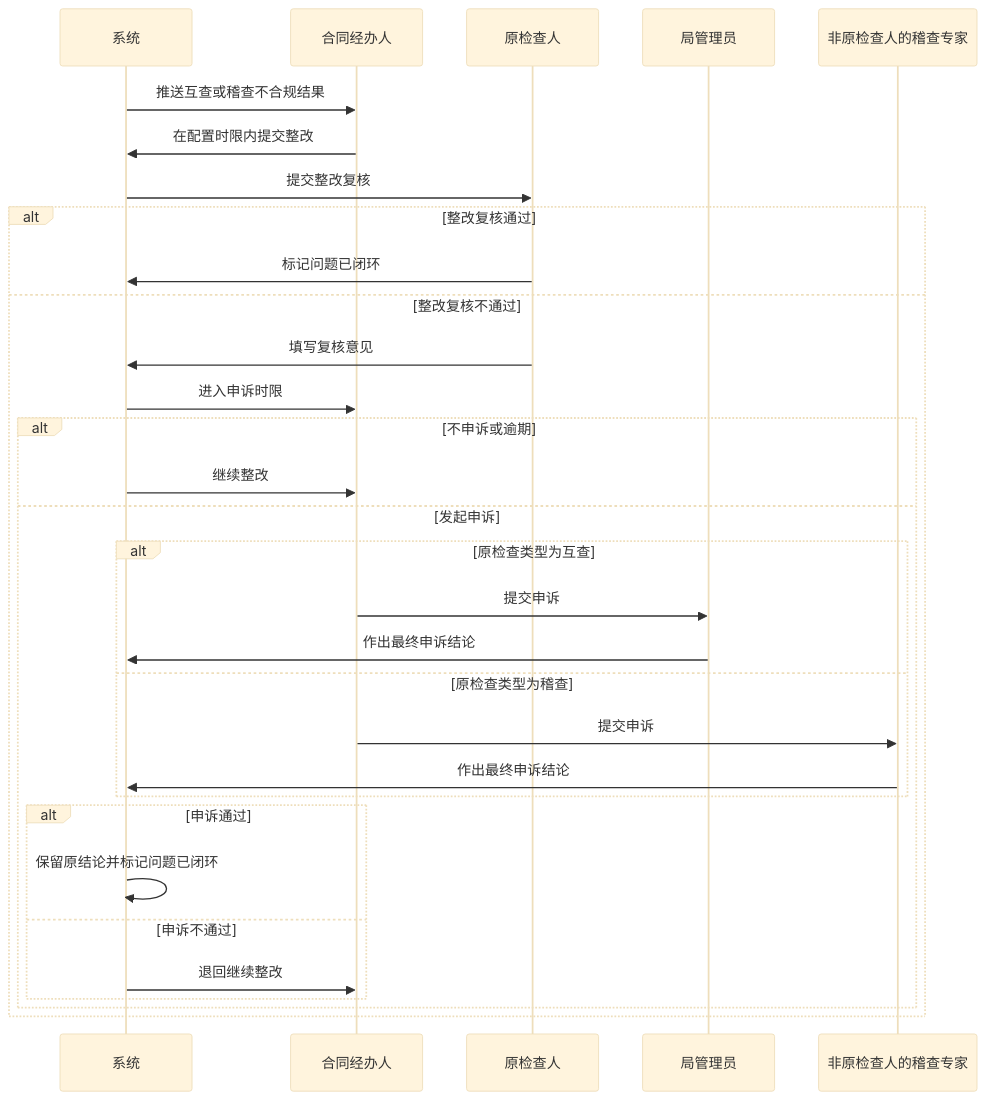
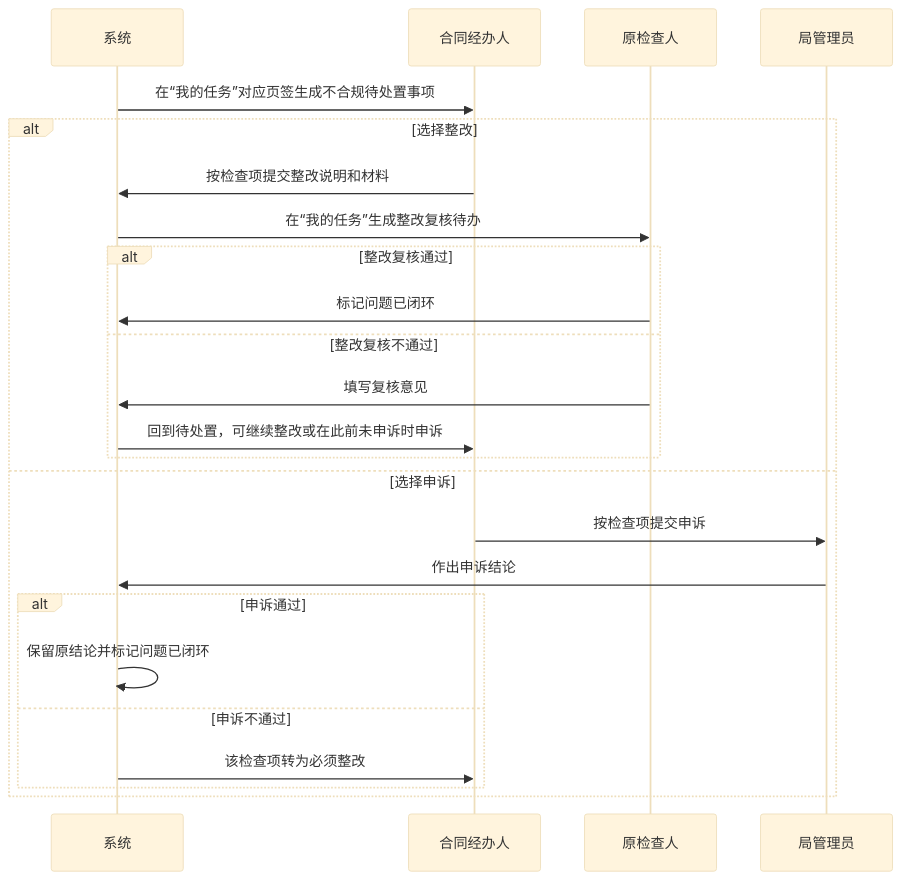
One commit to LRainD/LRainD.github.io changed diagram 12 of 16 in axureMake/docs/四局一单一检/prd.md. Above: the diagram before and after it, drawn with Mermaid (base theme). The commit also changed other lines of this file and 25 other files, not shown here.

````diff
--- a/axureMake/docs/四局一单一检/prd.md
+++ b/axureMake/docs/四局一单一检/prd.md
@@ -702,35 +658,27 @@
 ```mermaid
 sequenceDiagram
     participant S as 系统
     participant H as 合同经办人
     participant O as 原检查人
     participant A as 局管理员
-    participant N as 非原检查人的稽查专家
 
-    S->>H: 推送互查或稽查不合规结果
-    H->>S: 在配置时限内提交整改
-    S->>O: 提交整改复核
-
-    alt 整改复核通过
-        O->>S: 标记问题已闭环
-    else 整改复核不通过
-        O->>S: 填写复核意见
-        S->>H: 进入申诉时限
-        alt 不申诉或逾期
-            S->>H: 继续整改
-        else 发起申诉
-            alt 原检查类型为互查
-                H->>A: 提交申诉
-                A->>S: 作出最终申诉结论
-            else 原检查类型为稽查
-                H->>N: 提交申诉
-                N->>S: 作出最终申诉结论
-            end
-            alt 申诉通过
-                S->>S: 保留原结论并标记问题已闭环
-            else 申诉不通过
-                S->>H: 退回继续整改
-            end
+    S->>H: 在“我的任务”对应页签生成不合规待处置事项
+    alt 选择整改
+        H->>S: 按检查项提交整改说明和材料
+        S->>O: 在“我的任务”生成整改复核待办
+        alt 整改复核通过
+            O->>S: 标记问题已闭环
+        else 整改复核不通过
+            O->>S: 填写复核意见
+            S->>H: 回到待处置，可继续整改或在此前未申诉时申诉
+        end
+    else 选择申诉
+        H->>A: 按检查项提交申诉
+        A->>S: 作出申诉结论
+        alt 申诉通过
+            S->>S: 保留原结论并标记问题已闭环
+        else 申诉不通过
+            S->>H: 该检查项转为必须整改
         end
     end
 ```
````
